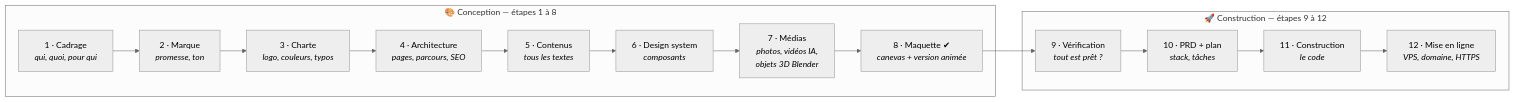
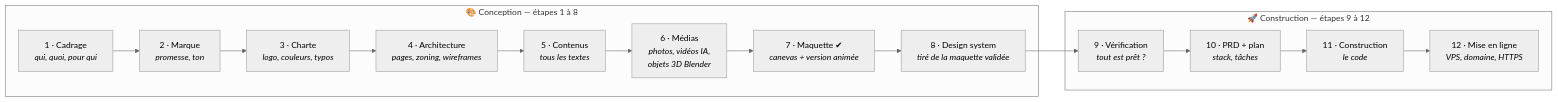
The diagram in README.md (ohvignas/lancetonsite), drawn with Mermaid (neutral theme) before and after one commit. The commit also changed other lines of this file and 96 other files, not shown here.

First line of the commit message:
1.8.0 : wireframes avant la maquette, design system tiré de la maquette

````diff
--- a/README.md
+++ b/README.md
@@ -180,13 +180,13 @@
 ```mermaid
 flowchart LR
   subgraph D["🎨 Conception — étapes 1 à 8"]
     A1["1 · Cadrage<br/><i>qui, quoi, pour qui</i>"] --> A2["2 · Marque<br/><i>promesse, ton</i>"] --> A3["3 · Charte<br/><i>logo, couleurs, typos</i>"]
-    A3 --> A4["4 · Architecture<br/><i>pages, parcours, SEO</i>"] --> A5["5 · Contenus<br/><i>tous les textes</i>"]
-    A5 --> A6["6 · Design system<br/><i>composants</i>"] --> A7["7 · Médias<br/><i>photos, vidéos IA,<br/>objets 3D Blender</i>"]
-    A7 --> A8["8 · Maquette ✔<br/><i>canevas + version animée</i>"]
+    A3 --> A4["4 · Architecture<br/><i>pages, zoning, wireframes</i>"] --> A5["5 · Contenus<br/><i>tous les textes</i>"]
+    A5 --> A6["6 · Médias<br/><i>photos, vidéos IA,<br/>objets 3D Blender</i>"] --> A7["7 · Maquette ✔<br/><i>canevas + version animée</i>"]
+    A7 --> A8["8 · Design system<br/><i>tiré de la maquette validée</i>"]
   end
   A8 --> A9
   subgraph C["🚀 Construction — étapes 9 à 12"]
     A9["9 · Vérification<br/><i>tout est prêt ?</i>"] --> A10["10 · PRD + plan<br/><i>stack, tâches</i>"] --> A11["11 · Construction<br/><i>le code</i>"] --> A12["12 · Mise en ligne<br/><i>VPS, domaine, HTTPS</i>"]
   end
 ```
````
